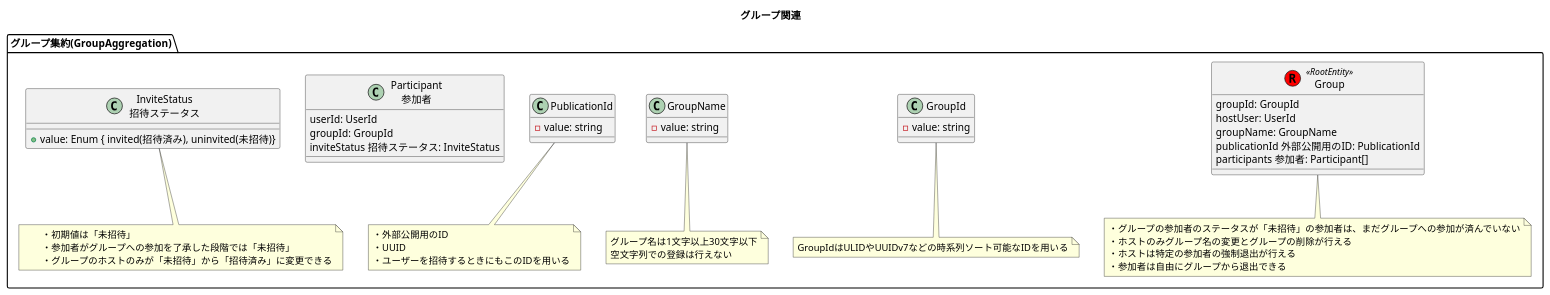
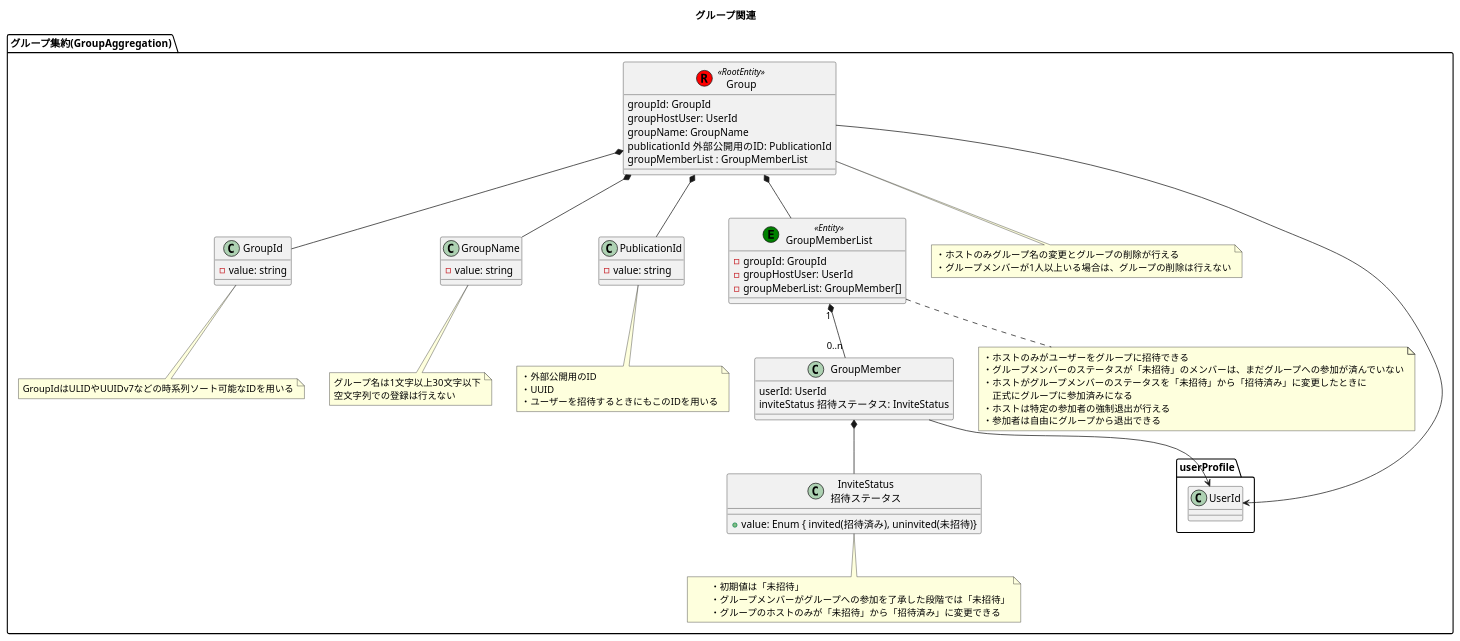
The diagram in modelingDiagram/domainModelDiagram/グループ関連.pu (h-maki2/identityAccess), drawn with PlantUML before and after one commit.

Commit message:
ドメインモデル図を作成

```diff
--- a/modelingDiagram/domainModelDiagram/グループ関連.pu
+++ b/modelingDiagram/domainModelDiagram/グループ関連.pu
@@ -1,65 +1,86 @@
 @startuml グループ関連
 
 title グループ関連
 
 package "グループ集約(GroupAggregation)" {
     class Group << (R,red) RootEntity >> {
         groupId: GroupId
-        hostUser: UserId
+        groupHostUser: UserId
         groupName: GroupName
         publicationId 外部公開用のID: PublicationId
-        participants 参加者: Participant[]
+        groupMemberList : GroupMemberList
     }
 
     class GroupId {
         - value: string
     }
 
     class GroupName {
         - value: string
     }
 
     class PublicationId {
         - value: string
     }
 
-    class "Participant\n参加者" as Participant {
+    class GroupMemberList << (E,green) Entity >> {
+        - groupId: GroupId
+        - groupHostUser: UserId
+        - groupMeberList: GroupMember[]
+    }
+
+    class GroupMember {
         userId: UserId
-        groupId: GroupId
         inviteStatus 招待ステータス: InviteStatus
     }
 
     class "InviteStatus\n招待ステータス" as InviteStatus {
         + value: Enum { invited(招待済み), uninvited(未招待)}
     }
 
     note bottom of Group
-        ・グループの参加者のステータスが「未招待」の参加者は、まだグループへの参加が済んでいない
         ・ホストのみグループ名の変更とグループの削除が行える
+        ・グループメンバーが1人以上いる場合は、グループの削除は行えない
+    end note
+
+    note bottom of GroupMemberList
+        ・ホストのみがユーザーをグループに招待できる
+        ・グループメンバーのステータスが「未招待」のメンバーは、まだグループへの参加が済んでいない
+        ・ホストがグループメンバーのステータスを「未招待」から「招待済み」に変更したときに
+        　正式にグループに参加済みになる
         ・ホストは特定の参加者の強制退出が行える
         ・参加者は自由にグループから退出できる
     end note
 
     note bottom of GroupName
         グループ名は1文字以上30文字以下
         空文字列での登録は行えない
     end note
 
     note bottom of GroupId
         GroupIdはULIDやUUIDv7などの時系列ソート可能なIDを用いる
     end note
 
     note bottom of InviteStatus
     　　・初期値は「未招待」
-    　　・参加者がグループへの参加を了承した段階では「未招待」
+    　　・グループメンバーがグループへの参加を了承した段階では「未招待」
     　　・グループのホストのみが「未招待」から「招待済み」に変更できる
     end note
 
     note bottom of PublicationId
         ・外部公開用のID
         ・UUID
         ・ユーザーを招待するときにもこのIDを用いる
     end note
+
+    Group *-down- GroupId
+    Group *-down- GroupName
+    Group *-down- PublicationId
+    Group *-down- GroupMemberList
+    Group -down-> userProfile.UserId
+    GroupMemberList "1" *-down- "0..n" GroupMember
+    GroupMember -down-> userProfile.UserId
+    GroupMember *-down- InviteStatus
 }
 
 @enduml
```
